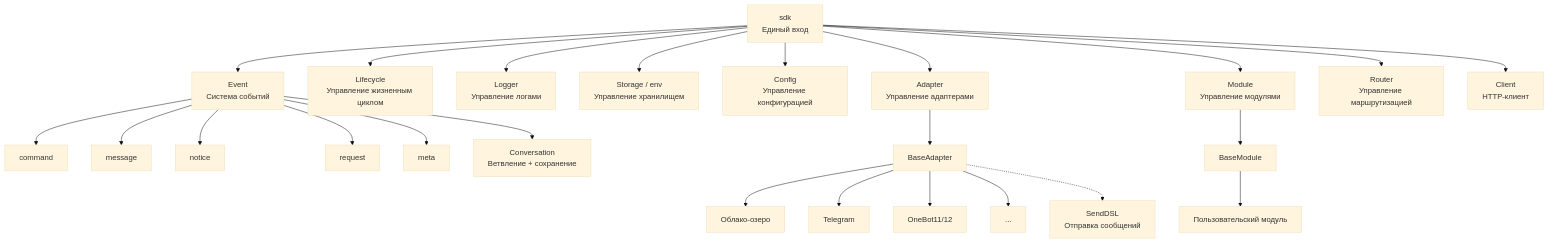
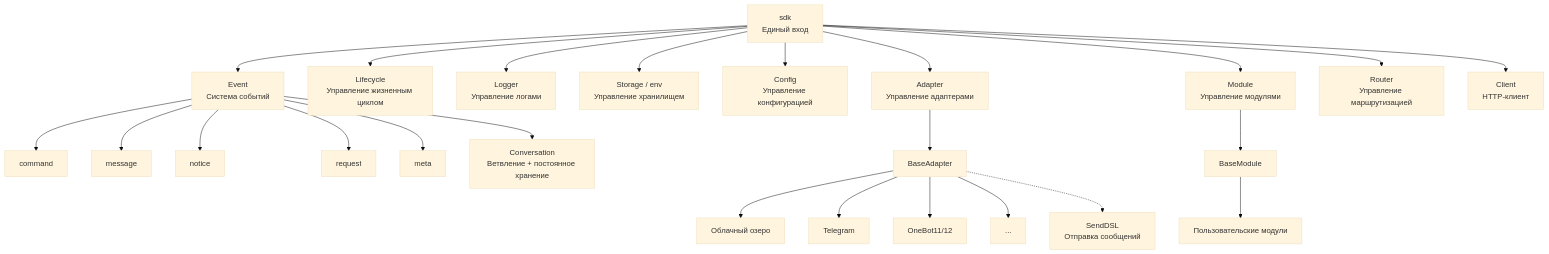
One commit to ErisPulse/ErisPulse changed the first of 9 diagrams in docs/ru/architecture.md. Above: the diagram before and after it, drawn with Mermaid (base theme). The commit also changed other lines of this file and 622 other files, not shown here.

````diff
--- a/docs/ru/architecture.md
+++ b/docs/ru/architecture.md
@@ -9,31 +9,30 @@
 ```mermaid
 graph TB
     SDK["sdk<br/>Единый вход"]
-
     SDK --> Event["Event<br/>Система событий"]
     SDK --> Lifecycle["Lifecycle<br/>Управление жизненным циклом"]
     SDK --> Logger["Logger<br/>Управление логами"]
     SDK --> Storage["Storage / env<br/>Управление хранилищем"]
     SDK --> Config["Config<br/>Управление конфигурацией"]
     SDK --> AdapterMgr["Adapter<br/>Управление адаптерами"]
     SDK --> ModuleMgr["Module<br/>Управление модулями"]
     SDK --> Router["Router<br/>Управление маршрутизацией"]
     SDK --> Client["Client<br/>HTTP-клиент"]
     Event --> Command["command"]
     Event --> Message["message"]
     Event --> Notice["notice"]
     Event --> Request["request"]
     Event --> Meta["meta"]
-    Event --> Conversation["Conversation<br/>Ветвление + сохранение"]
+    Event --> Conversation["Conversation<br/>Ветвление + постоянное хранение"]
 
     AdapterMgr --> BaseAdapter["BaseAdapter"]
-    BaseAdapter --> P1["Облако-озеро"]
+    BaseAdapter --> P1["Облачный озеро"]
     BaseAdapter --> P2["Telegram"]
     BaseAdapter --> P3["OneBot11/12"]
     BaseAdapter --> PN["..."]
 
     ModuleMgr --> BaseModule["BaseModule"]
-    BaseModule --> CM["Пользовательский модуль"]
+    BaseModule --> CM["Пользовательские модули"]
 
     BaseAdapter -.-> SendDSL["SendDSL<br/>Отправка сообщений"]
 ```
````
